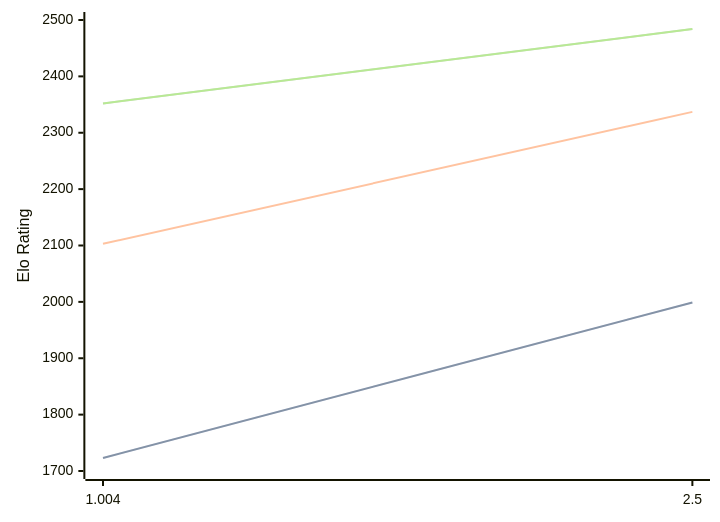
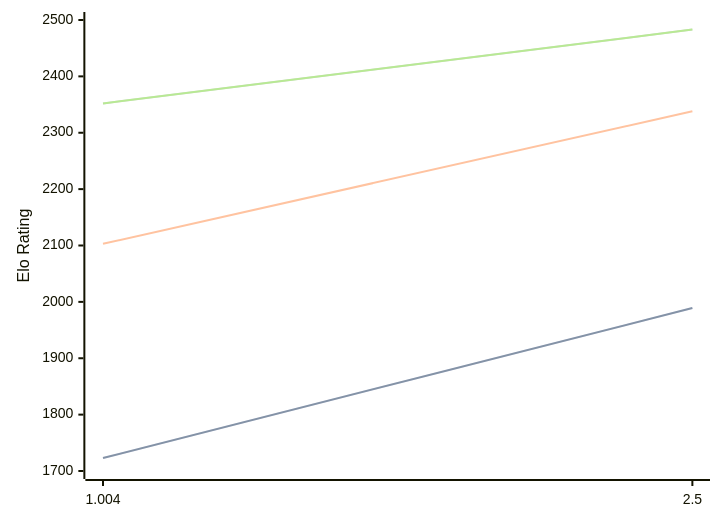
One commit to computer-chess-index/cci changed the diagram in engines/Ares.md. Above: the diagram before and after it, drawn with Mermaid. The commit also changed other lines of this file, not shown here.

Commit message:
Update CCI Ratings (ELO VLTC) - 2026-03-30

````diff
--- a/engines/Ares.md
+++ b/engines/Ares.md
@@ -32,11 +32,11 @@
 ```mermaid
 %%{init: {"theme":"base","themeVariables":{"seriesColors:['#a3a3a3','#222221','#faa371']}}}%%
 xychart-beta
   x-axis ["1.004", "2.5"]
   y-axis "Elo Rating" 1700 --> 2500
-  line "STC (8.0+0.08s)" [1723, 1999]
-  line "STC (8.0+0.08s)" [1723, 1999]
-  line "LTC (60.0+0.60s)" [2103, 2337]
-  line "VLTC (2m24s+1.12s)" [2352, 2484]
-  line "VLTC (2m24s+1.12s)" [2352, 2484]
+  line "STC (8.0+0.08s)" [1723, 1989]
+  line "STC (8.0+0.08s)" [1723, 1989]
+  line "LTC (60.0+0.60s)" [2103, 2338]
+  line "VLTC (2m24s+1.12s)" [2352, 2483]
+  line "VLTC (2m24s+1.12s)" [2352, 2483]
 ```
````
